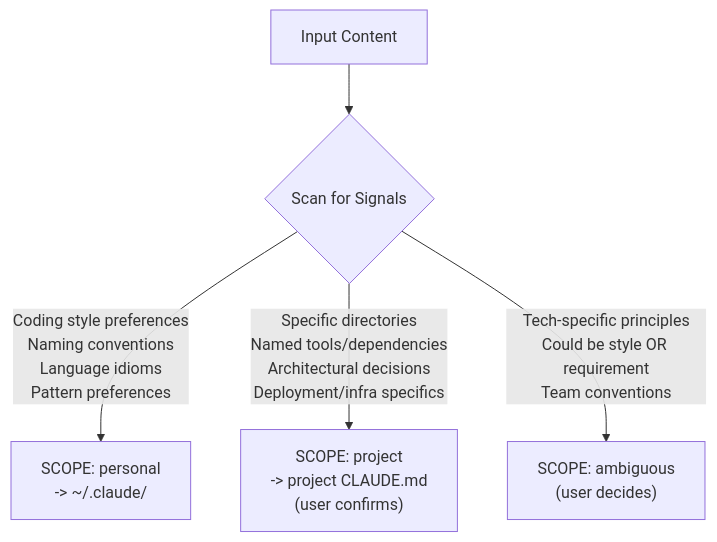
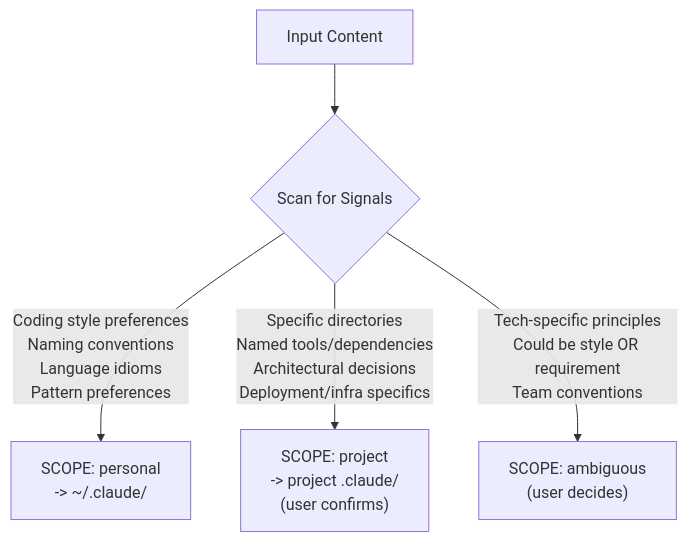
The eighth of 11 diagrams in docs/architecture.md (DigitalCowboyN/claude-asset-writer), drawn with Mermaid before and after one commit. The commit also changed other lines of this file and 3 other files, not shown here.

First line of the commit message:
Route project-scoped rules/skills to actual files instead of CLAUDE.md sections

````diff
--- a/docs/architecture.md
+++ b/docs/architecture.md
@@ -227,11 +227,11 @@
 ```mermaid
 flowchart TD
     input["Input Content"]
     input --> scan{"Scan for Signals"}
 
     scan -->|"Coding style preferences\nNaming conventions\nLanguage idioms\nPattern preferences"| personal["SCOPE: personal\n-> ~/.claude/"]
 
-    scan -->|"Specific directories\nNamed tools/dependencies\nArchitectural decisions\nDeployment/infra specifics"| project["SCOPE: project\n-> project CLAUDE.md\n(user confirms)"]
+    scan -->|"Specific directories\nNamed tools/dependencies\nArchitectural decisions\nDeployment/infra specifics"| project["SCOPE: project\n-> project .claude/\n(user confirms)"]
 
     scan -->|"Tech-specific principles\nCould be style OR requirement\nTeam conventions"| ambiguous["SCOPE: ambiguous\n(user decides)"]
 ```
````
